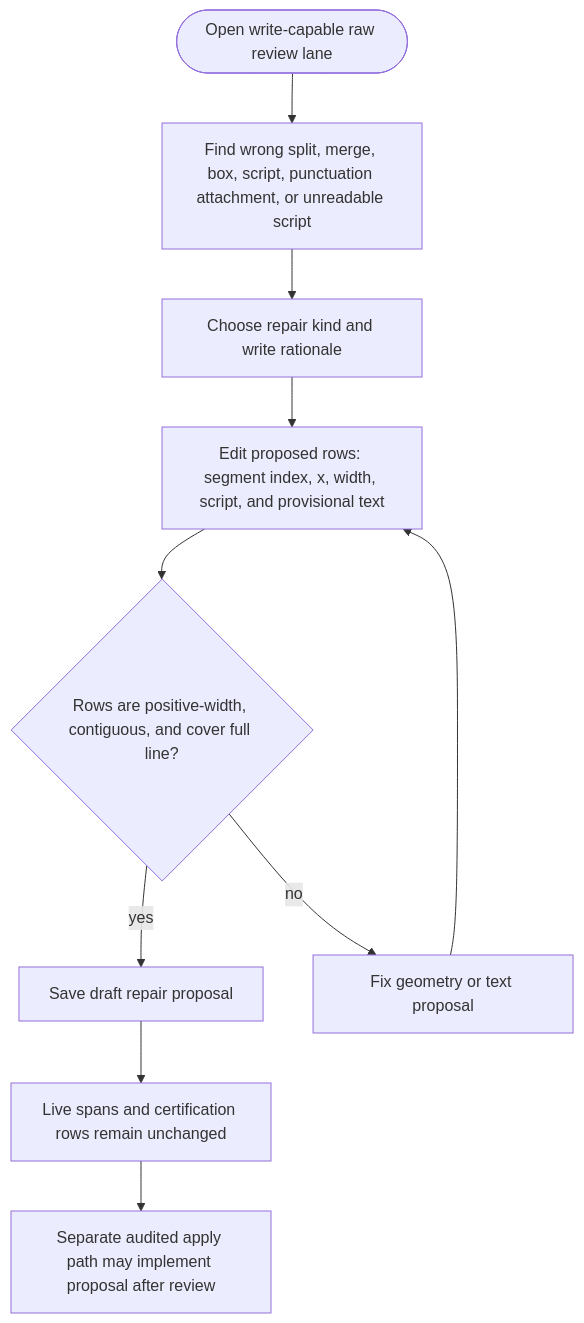
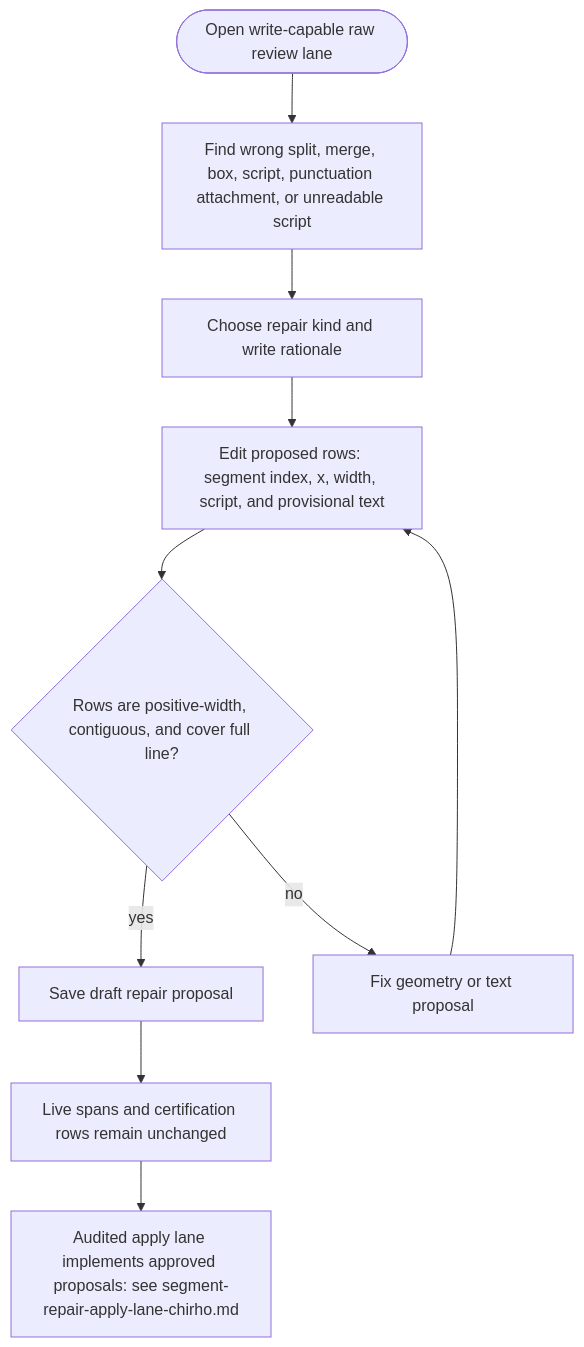
One commit to loveJesus/hottp-chirho changed the diagram in spec-chirho/workflows-chirho/segment-repair-proposal-workflow-chirho.md. Above: the diagram before and after it, drawn with Mermaid. The commit also changed 12 other files, not shown here.

First line of the commit message:
Add segment repair approval station and apply lane (v2 Phase 4)

````diff
--- a/spec-chirho/workflows-chirho/segment-repair-proposal-workflow-chirho.md
+++ b/spec-chirho/workflows-chirho/segment-repair-proposal-workflow-chirho.md
@@ -8,22 +8,22 @@
 ```mermaid
 flowchart TD
   OpenRawChirho([Open write-capable raw review lane])
   FindProblemChirho[Find wrong split, merge, box, script, punctuation attachment, or unreadable script]
   ChooseKindChirho[Choose repair kind and write rationale]
   EditRowsChirho[Edit proposed rows: segment index, x, width, script, and provisional text]
   GeometryOkChirho{Rows are positive-width, contiguous, and cover full line?}
   SaveDraftChirho[Save draft repair proposal]
   NoLiveChangeChirho[Live spans and certification rows remain unchanged]
-  LaterApplyChirho[Separate audited apply path may implement proposal after review]
+  LaterApplyChirho[Audited apply lane implements approved proposals: see segment-repair-apply-lane-chirho.md]
   FixRowsChirho[Fix geometry or text proposal]
 
   OpenRawChirho --> FindProblemChirho
   FindProblemChirho --> ChooseKindChirho
   ChooseKindChirho --> EditRowsChirho
   EditRowsChirho --> GeometryOkChirho
   GeometryOkChirho -- yes --> SaveDraftChirho
   GeometryOkChirho -- no --> FixRowsChirho
   FixRowsChirho --> EditRowsChirho
   SaveDraftChirho --> NoLiveChangeChirho
   NoLiveChangeChirho --> LaterApplyChirho
 ```
````
